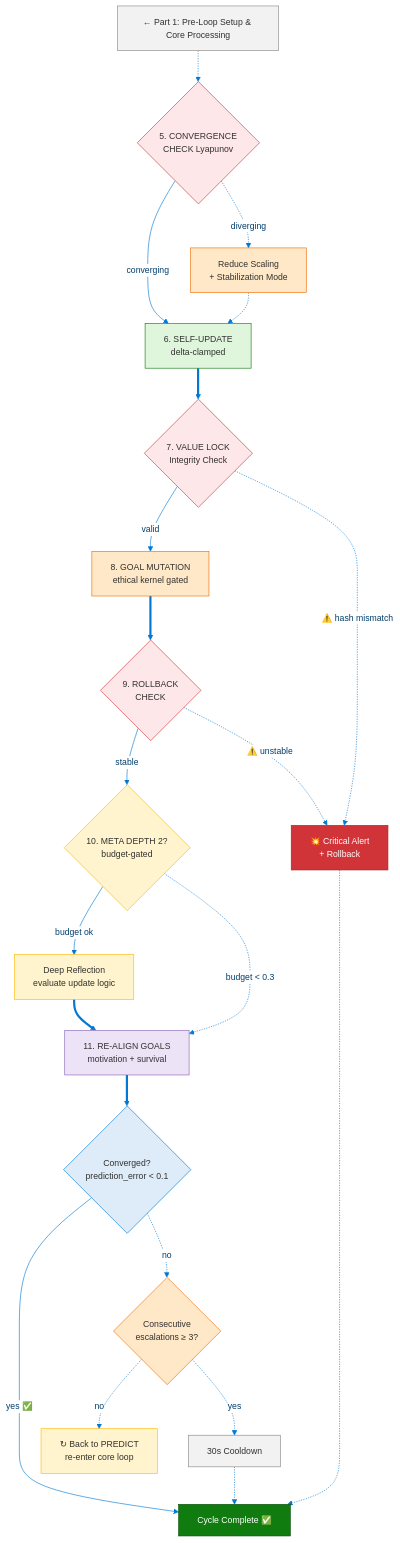
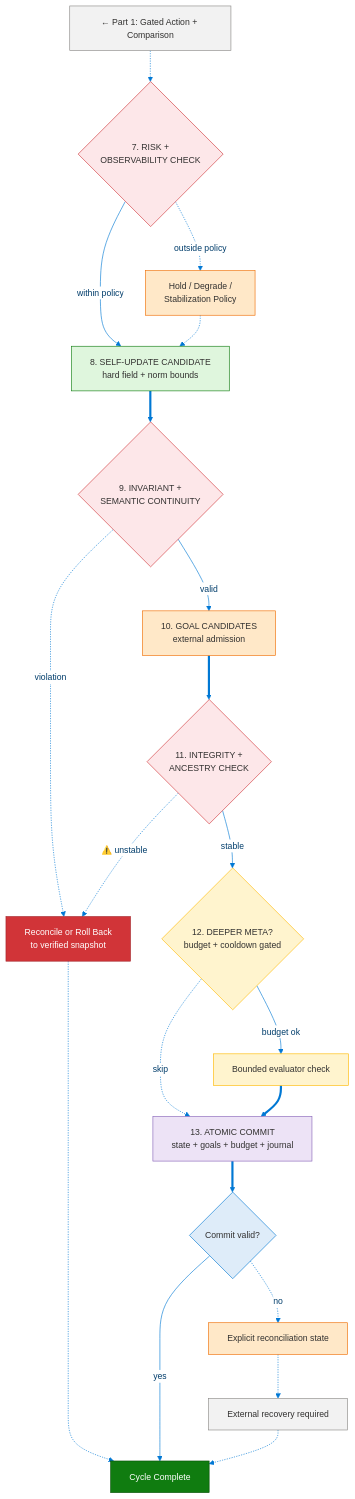
The seventh of 19 diagrams in docs/levels/Level_3_Self_Regulating_Agent.md (dotnetpower/mscp), drawn with Mermaid before and after one commit. The commit also changed other lines of this file and 21 other files, not shown here.

````diff
--- a/docs/levels/Level_3_Self_Regulating_Agent.md
+++ b/docs/levels/Level_3_Self_Regulating_Agent.md
@@ -506,60 +553,58 @@
 ```mermaid
 %%{init: {'theme': 'base', 'themeVariables': {'primaryColor': '#0078D4', 'primaryTextColor': '#003D6B', 'primaryBorderColor': '#003D6B', 'secondaryColor': '#50E6FF', 'secondaryTextColor': '#323130', 'secondaryBorderColor': '#00BCF2', 'tertiaryColor': '#F2F2F2', 'tertiaryTextColor': '#323130', 'lineColor': '#0078D4', 'textColor': '#323130', 'mainBkg': '#DEECF9', 'nodeBorder': '#0078D4', 'clusterBkg': '#F2F2F2', 'clusterBorder': '#003D6B', 'titleColor': '#003D6B', 'edgeLabelBackground': '#FFFFFF', 'fontSize': '14px'}}}%%
 flowchart TD
   classDef neutral fill:#F2F2F2,stroke:#8A8886,color:#323130
   classDef safety fill:#FDE7E9,stroke:#D13438,color:#323130
   classDef safetyStrong fill:#D13438,stroke:#A4262C,color:#FFF
   classDef action fill:#DFF6DD,stroke:#107C10,color:#323130
   classDef warning fill:#FFE8C8,stroke:#EF6C00,color:#323130
   classDef predict fill:#FFF4CE,stroke:#FFB900,color:#323130
   classDef affect fill:#EDE3F6,stroke:#8764B8,color:#323130
   classDef start fill:#DEECF9,stroke:#0078D4,color:#323130
   classDef success fill:#107C10,stroke:#085108,color:#FFF
   classDef infra fill:#F2F2F2,stroke:#8A8886,color:#323130
 
-  PREV["← Part 1: Pre-Loop Setup & Core Processing"]:::neutral
+  PREV["← Part 1: Gated Action + Comparison"]:::neutral
 
-  CONVERGE{"5. CONVERGENCE<br/>CHECK Lyapunov"}:::safety
-  UPDATE["6. SELF-UPDATE<br/>delta-clamped"]:::action
-  STABILIZE["Reduce Scaling<br/>+ Stabilization Mode"]:::warning
+  CONVERGE{"7. RISK +<br/>OBSERVABILITY CHECK"}:::safety
+  UPDATE["8. SELF-UPDATE CANDIDATE<br/>hard field + norm bounds"]:::action
+  STABILIZE["Hold / Degrade /<br/>Stabilization Policy"]:::warning
 
-  VLOCK{"7. VALUE LOCK<br/>Integrity Check"}:::safety
-  ROLLBACK["💥 Critical Alert<br/>+ Rollback"]:::safetyStrong
-  GMUT["8. GOAL MUTATION<br/>ethical kernel gated"]:::warning
-  RCHECK{"9. ROLLBACK<br/>CHECK"}:::safety
+  VLOCK{"9. INVARIANT +<br/>SEMANTIC CONTINUITY"}:::safety
+  ROLLBACK["Reconcile or Roll Back<br/>to verified snapshot"]:::safetyStrong
+  GMUT["10. GOAL CANDIDATES<br/>external admission"]:::warning
+  RCHECK{"11. INTEGRITY +<br/>ANCESTRY CHECK"}:::safety
 
-  DEPTH{"10. META DEPTH 2?<br/>budget-gated"}:::predict
-  DEPTH2["Deep Reflection<br/>evaluate update logic"]:::predict
-  REALIGN["11. RE-ALIGN GOALS<br/>motivation + survival"]:::affect
+  DEPTH{"12. DEEPER META?<br/>budget + cooldown gated"}:::predict
+  DEPTH2["Bounded evaluator check"]:::predict
+  REALIGN["13. ATOMIC COMMIT<br/>state + goals + budget + journal"]:::affect
 
-  CONVCHECK{"Converged?<br/>prediction_error < 0.1"}:::start
-  END_LOOP["Cycle Complete ✅"]:::success
-  RECUR{"Consecutive<br/>escalations ≥ 3?"}:::warning
-  COOLDOWN["30s Cooldown"]:::infra
-  BACK_PREDICT["↻ Back to PREDICT<br/>re-enter core loop"]:::predict
+  CONVCHECK{"Commit valid?"}:::start
+  END_LOOP["Cycle Complete"]:::success
+  RECUR["Explicit reconciliation state"]:::warning
+  COOLDOWN["External recovery required"]:::infra
 
   PREV -.-> CONVERGE
-  CONVERGE -->|converging| UPDATE
-  CONVERGE -.->|diverging| STABILIZE
+  CONVERGE -->|within policy| UPDATE
+  CONVERGE -.->|outside policy| STABILIZE
   STABILIZE -.-> UPDATE
 
   UPDATE ==> VLOCK
   VLOCK -->|valid| GMUT
-  VLOCK -.->|"⚠️ hash mismatch"| ROLLBACK
+  VLOCK -.->|violation| ROLLBACK
   ROLLBACK -.-> END_LOOP
 
   GMUT ==> RCHECK
   RCHECK -->|stable| DEPTH
   RCHECK -.->|"⚠️ unstable"| ROLLBACK
 
   DEPTH -->|budget ok| DEPTH2
-  DEPTH -.->|"budget < 0.3"| REALIGN
+  DEPTH -.->|skip| REALIGN
   DEPTH2 ==> REALIGN
 
   REALIGN ==> CONVCHECK
-  CONVCHECK -->|"yes ✅"| END_LOOP
+  CONVCHECK -->|yes| END_LOOP
   CONVCHECK -.->|no| RECUR
-  RECUR -.->|no| BACK_PREDICT
-  RECUR -.->|yes| COOLDOWN
+  RECUR -.-> COOLDOWN
   COOLDOWN -.-> END_LOOP
 ```
````
